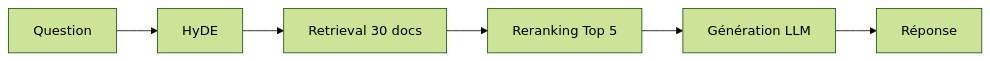
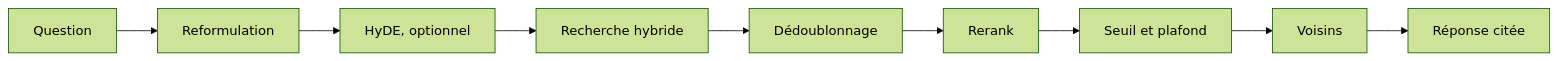
The diagram in docs/presentation.qmd (rcadot/chat-de-calais), drawn with Mermaid (forest theme) before and after one commit. The commit also changed other lines of this file and 46 other files, not shown here.

First line of the commit message:
feat: corpus à documents similaires, recherche hybride et paramétrage YAML

````diff
--- a/docs/presentation.qmd
+++ b/docs/presentation.qmd
@@ -68,8 +55,12 @@
 ```{mermaid}
-graph LR
-    A[Question] --> B[HyDE]
-    B --> C[Retrieval 30 docs]
-    C --> D[Reranking Top 5]
-    D --> E[Génération LLM]
-    E --> F[Réponse]
+%%| fig-width: 10
+flowchart LR
+    A[Question] --> B[Reformulation]
+    B --> C[HyDE, optionnel]
+    C --> D[Recherche hybride]
+    D --> E[Dédoublonnage]
+    E --> F[Rerank]
+    F --> G[Seuil et plafond]
+    G --> H[Voisins]
+    H --> I[Réponse citée]
 ```
````
